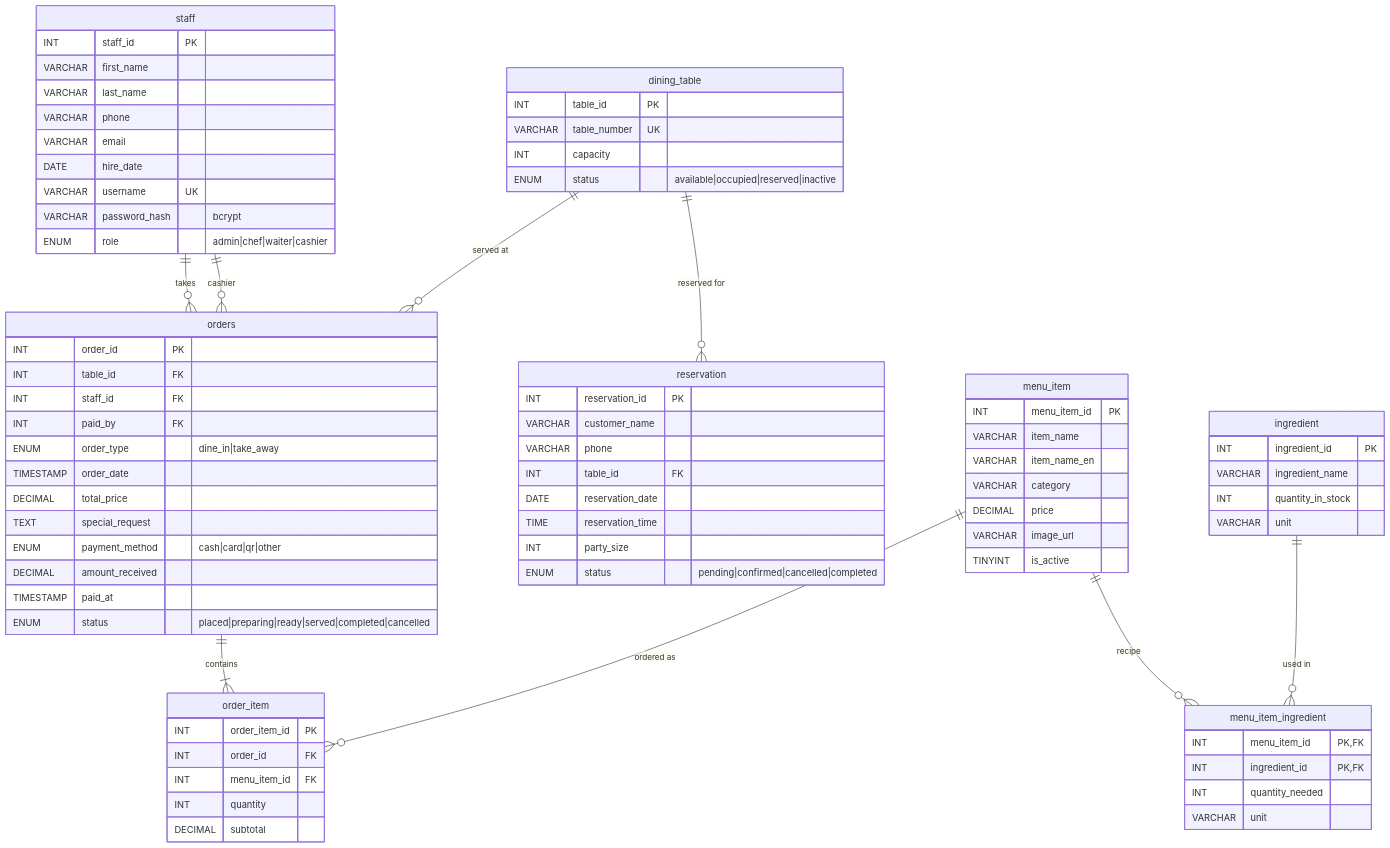
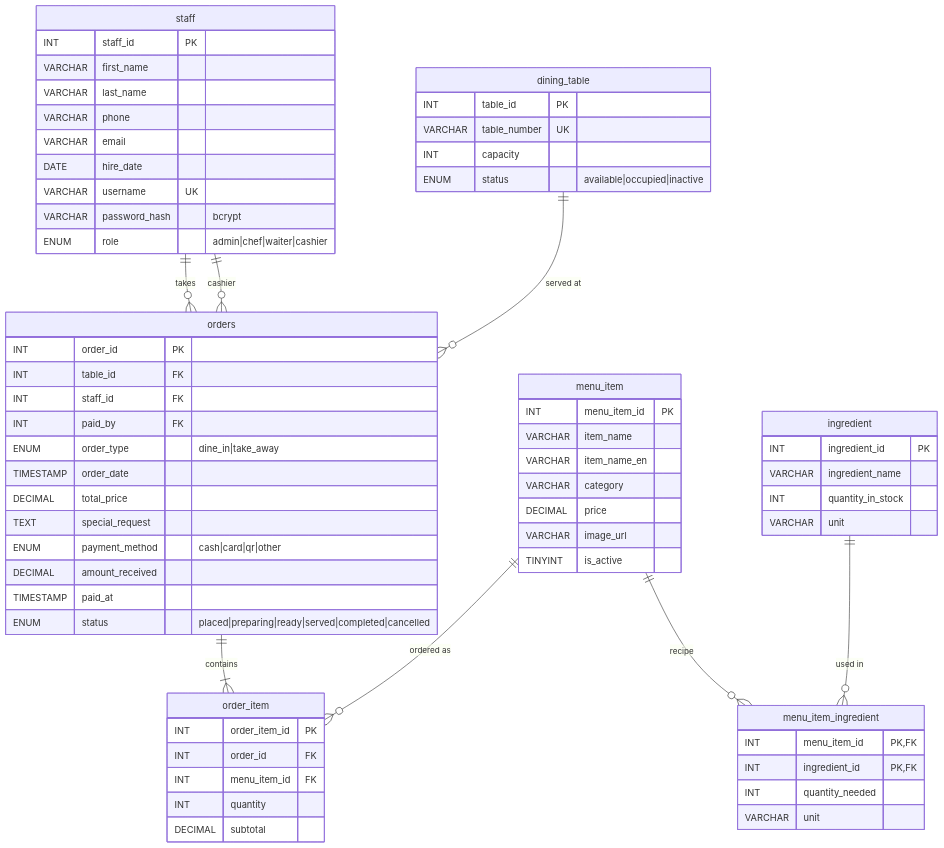
One commit to White481/Restaurant_ahn changed the diagram in docs/er-diagram.md. Above: the diagram before and after it, drawn with Mermaid. The commit also changed other lines of this file and 35 other files, not shown here.

````diff
--- a/docs/er-diagram.md
+++ b/docs/er-diagram.md
@@ -8,81 +8,70 @@
 ```mermaid
 erDiagram
     staff ||--o{ orders : "takes"
     staff ||--o{ orders : "cashier"
-    dining_table ||--o{ reservation : "reserved for"
     dining_table ||--o{ orders : "served at"
     orders ||--|{ order_item : contains
     menu_item ||--o{ order_item : "ordered as"
     menu_item ||--o{ menu_item_ingredient : "recipe"
     ingredient ||--o{ menu_item_ingredient : "used in"
 
     staff {
         INT staff_id PK
         VARCHAR first_name
         VARCHAR last_name
         VARCHAR phone
         VARCHAR email
         DATE hire_date
         VARCHAR username UK
         VARCHAR password_hash "bcrypt"
         ENUM role "admin|chef|waiter|cashier"
     }
     dining_table {
         INT table_id PK
         VARCHAR table_number UK
         INT capacity
-        ENUM status "available|occupied|reserved|inactive"
-    }
-    reservation {
-        INT reservation_id PK
-        VARCHAR customer_name
-        VARCHAR phone
-        INT table_id FK
-        DATE reservation_date
-        TIME reservation_time
-        INT party_size
-        ENUM status "pending|confirmed|cancelled|completed"
+        ENUM status "available|occupied|inactive"
     }
     menu_item {
         INT menu_item_id PK
         VARCHAR item_name
         VARCHAR item_name_en
         VARCHAR category
         DECIMAL price
         VARCHAR image_url
         TINYINT is_active
     }
     ingredient {
         INT ingredient_id PK
         VARCHAR ingredient_name
         INT quantity_in_stock
         VARCHAR unit
     }
     menu_item_ingredient {
         INT menu_item_id PK,FK
         INT ingredient_id PK,FK
         INT quantity_needed
         VARCHAR unit
     }
     orders {
         INT order_id PK
         INT table_id FK
         INT staff_id FK
         INT paid_by FK
         ENUM order_type "dine_in|take_away"
         TIMESTAMP order_date
         DECIMAL total_price
         TEXT special_request
         ENUM payment_method "cash|card|qr|other"
         DECIMAL amount_received
         TIMESTAMP paid_at
         ENUM status "placed|preparing|ready|served|completed|cancelled"
     }
     order_item {
         INT order_item_id PK
         INT order_id FK
         INT menu_item_id FK
         INT quantity
         DECIMAL subtotal
     }
 ```
````
